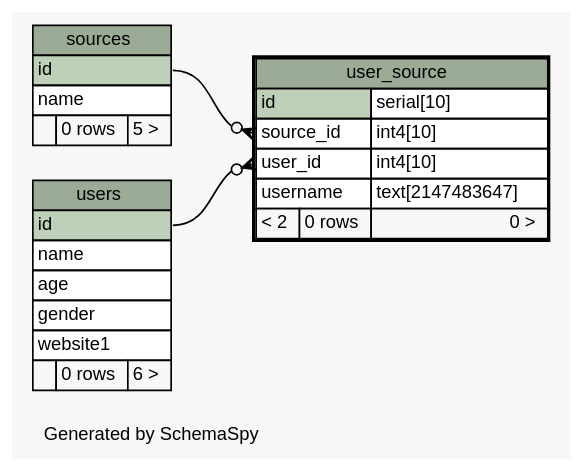
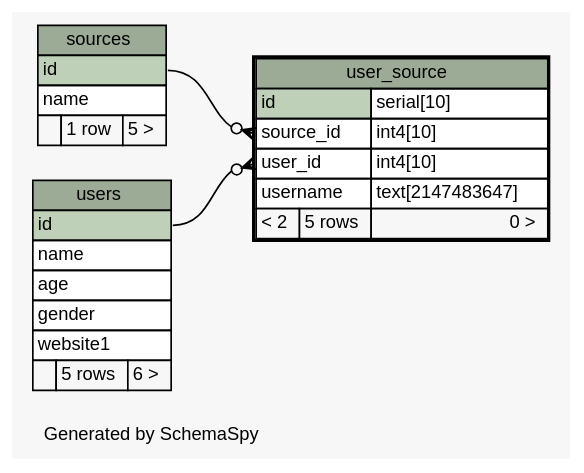
Before and after one commit to ryanaustincarlson/moocdb: the diagram in schema/oltp/diagrams/user_source.1degree.dot, drawn with Graphviz. The commit also changed 77 other files, not shown here.

Commit message:
updated oltp schema

```diff
--- a/schema/oltp/diagrams/user_source.1degree.dot
+++ b/schema/oltp/diagrams/user_source.1degree.dot
@@ -1,62 +1,62 @@
-// dot 2.34.0 on Mac OS X 10.8.3
+// dot 2.32.0 on Mac OS X 10.8.5
 // SchemaSpy rev 590
 digraph "oneDegreeRelationshipsDiagram" {
   graph [
     rankdir="RL"
     bgcolor="#f7f7f7"
     label="\nGenerated by SchemaSpy"
     labeljust="l"
     nodesep="0.18"
     ranksep="0.46"
     fontname="Helvetica"
     fontsize="11"
   ];
   node [
     fontname="Helvetica"
     fontsize="11"
     shape="plaintext"
   ];
   edge [
     arrowsize="0.8"
   ];
   "user_source":"source_id":w -> "sources":"id":e [arrowhead=none dir=back arrowtail=crowodot];
   "user_source":"user_id":w -> "users":"id":e [arrowhead=none dir=back arrowtail=crowodot];
   "sources" [
     label=<
     <TABLE BORDER="0" CELLBORDER="1" CELLSPACING="0" BGCOLOR="#ffffff">
       <TR><TD COLSPAN="3" BGCOLOR="#9bab96" ALIGN="CENTER">sources</TD></TR>
       <TR><TD PORT="id" COLSPAN="3" BGCOLOR="#bed1b8" ALIGN="LEFT">id</TD></TR>
       <TR><TD PORT="name" COLSPAN="3" ALIGN="LEFT">name</TD></TR>
-      <TR><TD ALIGN="LEFT" BGCOLOR="#f7f7f7">  </TD><TD ALIGN="RIGHT" BGCOLOR="#f7f7f7">0 rows</TD><TD ALIGN="RIGHT" BGCOLOR="#f7f7f7">5 &gt;</TD></TR>
+      <TR><TD ALIGN="LEFT" BGCOLOR="#f7f7f7">  </TD><TD ALIGN="RIGHT" BGCOLOR="#f7f7f7">1 row</TD><TD ALIGN="RIGHT" BGCOLOR="#f7f7f7">5 &gt;</TD></TR>
     </TABLE>>
     URL="sources.html"
     tooltip="sources"
   ];
   "user_source" [
     label=<
     <TABLE BORDER="2" CELLBORDER="1" CELLSPACING="0" BGCOLOR="#ffffff">
       <TR><TD COLSPAN="3" BGCOLOR="#9bab96" ALIGN="CENTER">user_source</TD></TR>
       <TR><TD PORT="id" COLSPAN="2" BGCOLOR="#bed1b8" ALIGN="LEFT">id</TD><TD PORT="id.type" ALIGN="LEFT">serial[10]</TD></TR>
       <TR><TD PORT="source_id" COLSPAN="2" ALIGN="LEFT">source_id</TD><TD PORT="source_id.type" ALIGN="LEFT">int4[10]</TD></TR>
       <TR><TD PORT="user_id" COLSPAN="2" ALIGN="LEFT">user_id</TD><TD PORT="user_id.type" ALIGN="LEFT">int4[10]</TD></TR>
       <TR><TD PORT="username" COLSPAN="2" ALIGN="LEFT">username</TD><TD PORT="username.type" ALIGN="LEFT">text[2147483647]</TD></TR>
-      <TR><TD ALIGN="LEFT" BGCOLOR="#f7f7f7">&lt; 2</TD><TD ALIGN="RIGHT" BGCOLOR="#f7f7f7">0 rows</TD><TD ALIGN="RIGHT" BGCOLOR="#f7f7f7">0 &gt;</TD></TR>
+      <TR><TD ALIGN="LEFT" BGCOLOR="#f7f7f7">&lt; 2</TD><TD ALIGN="RIGHT" BGCOLOR="#f7f7f7">5 rows</TD><TD ALIGN="RIGHT" BGCOLOR="#f7f7f7">0 &gt;</TD></TR>
     </TABLE>>
     URL="user_source.html"
     tooltip="user_source"
   ];
   "users" [
     label=<
     <TABLE BORDER="0" CELLBORDER="1" CELLSPACING="0" BGCOLOR="#ffffff">
       <TR><TD COLSPAN="3" BGCOLOR="#9bab96" ALIGN="CENTER">users</TD></TR>
       <TR><TD PORT="id" COLSPAN="3" BGCOLOR="#bed1b8" ALIGN="LEFT">id</TD></TR>
       <TR><TD PORT="name" COLSPAN="3" ALIGN="LEFT">name</TD></TR>
       <TR><TD PORT="age" COLSPAN="3" ALIGN="LEFT">age</TD></TR>
       <TR><TD PORT="gender" COLSPAN="3" ALIGN="LEFT">gender</TD></TR>
       <TR><TD PORT="website1" COLSPAN="3" ALIGN="LEFT">website1</TD></TR>
-      <TR><TD ALIGN="LEFT" BGCOLOR="#f7f7f7">  </TD><TD ALIGN="RIGHT" BGCOLOR="#f7f7f7">0 rows</TD><TD ALIGN="RIGHT" BGCOLOR="#f7f7f7">6 &gt;</TD></TR>
+      <TR><TD ALIGN="LEFT" BGCOLOR="#f7f7f7">  </TD><TD ALIGN="RIGHT" BGCOLOR="#f7f7f7">5 rows</TD><TD ALIGN="RIGHT" BGCOLOR="#f7f7f7">6 &gt;</TD></TR>
     </TABLE>>
     URL="users.html"
     tooltip="users"
   ];
 }
```
